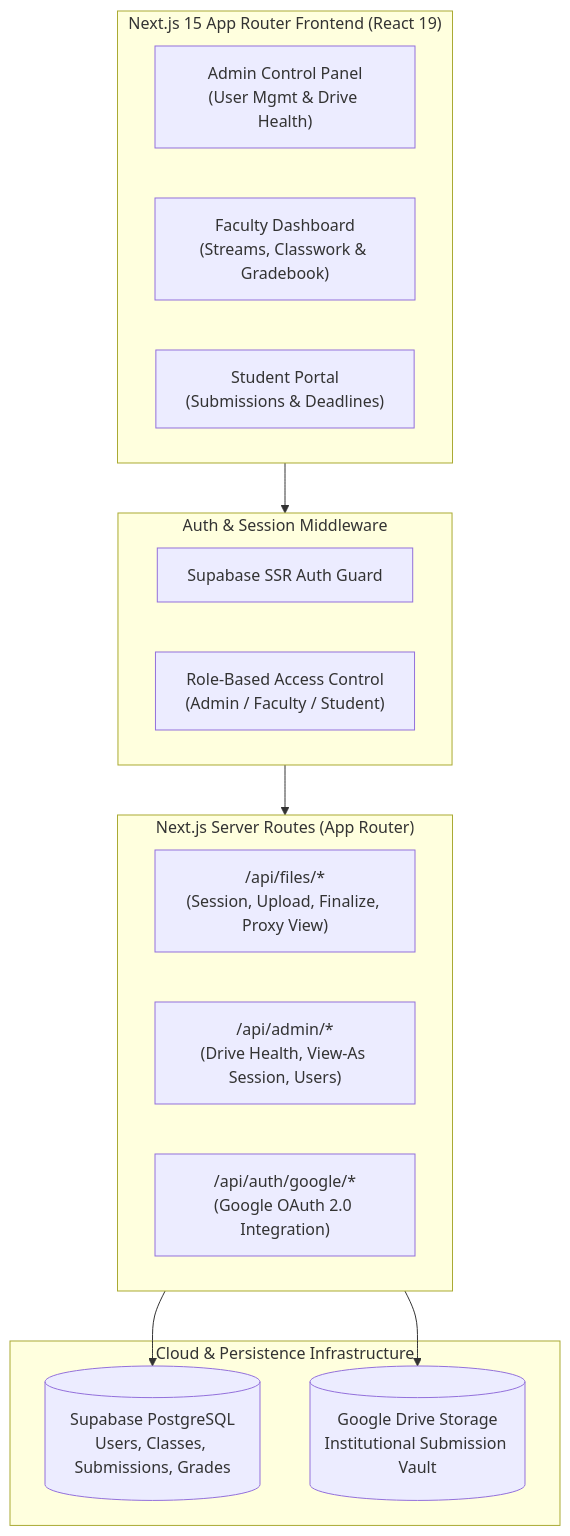
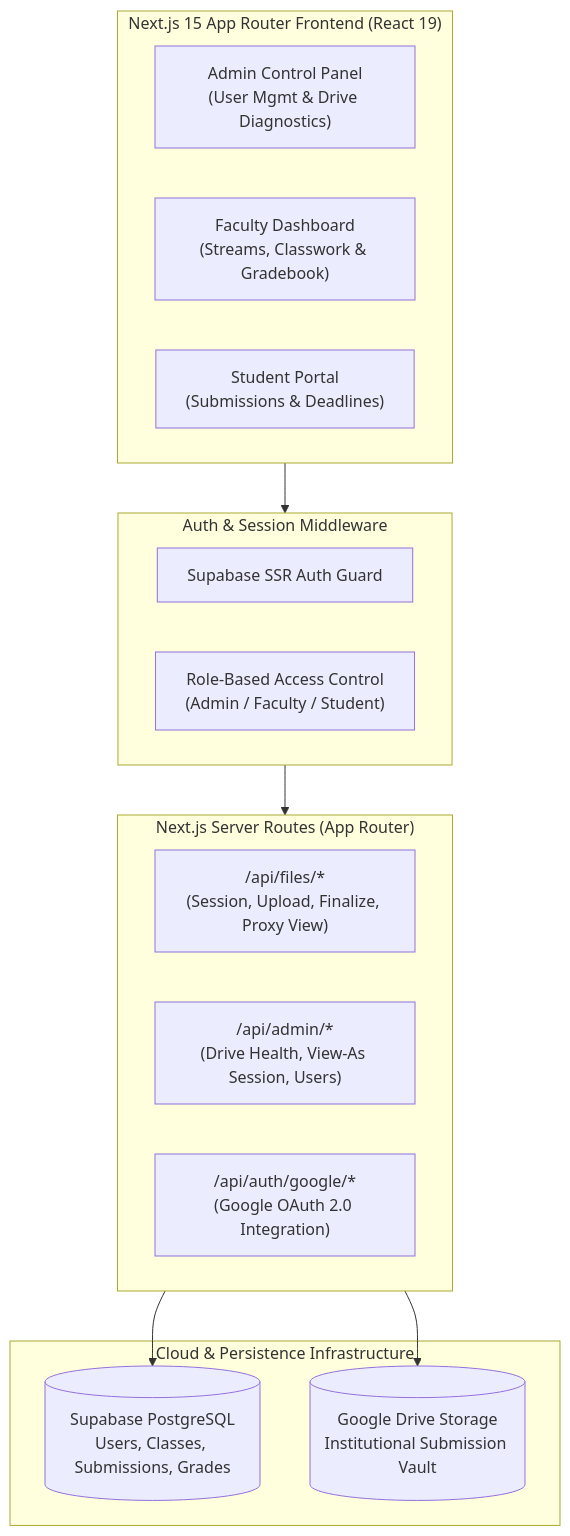
Before and after one commit to Swaraj0160/google-classroom-clone: the first of 2 diagrams in README.md, drawn with Mermaid. The commit also changed other lines of this file, not shown here.

Commit message:
docs: elevate Faculty Classroom Dashboard README with Drive upload architecture and FixMySadak design

````diff
--- a/README.md
+++ b/README.md
@@ -17,29 +47,29 @@
 ```mermaid
 flowchart TD
     subgraph Client["Next.js 15 App Router Frontend (React 19)"]
-        AdminUI["Admin Control Panel<br/>(User Mgmt & Drive Health)"]
+        AdminUI["Admin Control Panel<br/>(User Mgmt & Drive Diagnostics)"]
         FacultyUI["Faculty Dashboard<br/>(Streams, Classwork & Gradebook)"]
         StudentUI["Student Portal<br/>(Submissions & Deadlines)"]
     end
 
     subgraph Middleware["Auth & Session Middleware"]
         AuthGuard["Supabase SSR Auth Guard"]
         RoleCheck["Role-Based Access Control<br/>(Admin / Faculty / Student)"]
     end
 
     subgraph BackendAPI["Next.js Server Routes (App Router)"]
         DriveAPI["/api/files/*<br/>(Session, Upload, Finalize, Proxy View)"]
         AdminAPI["/api/admin/*<br/>(Drive Health, View-As Session, Users)"]
         OAuthAPI["/api/auth/google/*<br/>(Google OAuth 2.0 Integration)"]
     end
 
     subgraph CloudServices["Cloud & Persistence Infrastructure"]
         SupaDB[("Supabase PostgreSQL<br/>Users, Classes, Submissions, Grades")]
         GDrive[("Google Drive Storage<br/>Institutional Submission Vault")]
     end
 
     Client --> Middleware
     Middleware --> BackendAPI
     BackendAPI --> SupaDB
     BackendAPI --> GDrive
 ```
````
